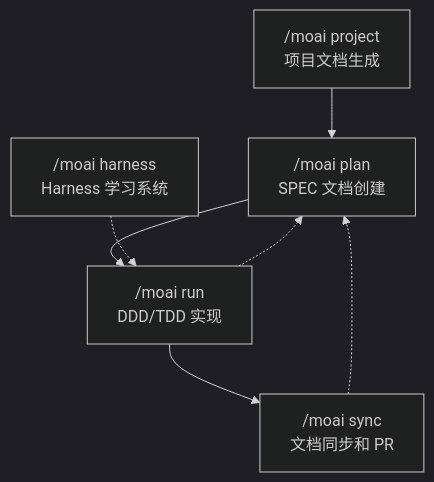
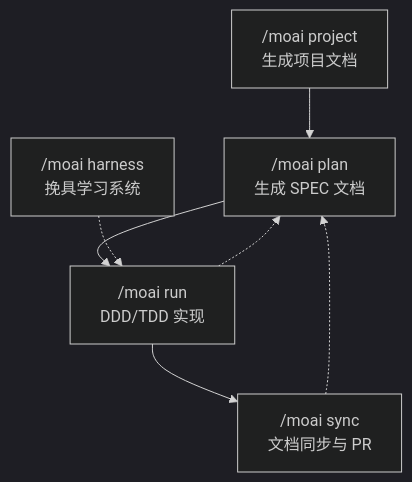
One commit to modu-ai/moai-adk changed the diagram in docs-site/content/zh/workflow-commands/_index.md. Above: the diagram before and after it, drawn with Mermaid (dark theme). The commit also changed other lines of this file and 395 other files, not shown here.

````diff
--- a/docs-site/content/zh/workflow-commands/_index.md
+++ b/docs-site/content/zh/workflow-commands/_index.md
@@ -13,9 +15,9 @@
 ```mermaid
 flowchart TD
-    A["/moai project<br/>项目文档生成"] --> B["/moai plan<br/>SPEC 文档创建"]
-    B --> D["/moai run<br/>DDD/TDD 实现"]
-    D --> E["/moai sync<br/>文档同步和 PR"]
+    A["/moai project<br>生成项目文档"] --> B["/moai plan<br>生成 SPEC 文档"]
+    B --> D["/moai run<br>DDD/TDD 实现"]
+    D --> E["/moai sync<br>文档同步与 PR"]
     E -.-> B
     D -.-> B
-    F["/moai harness<br/>Harness 学习系统"] -.-> D
+    F["/moai harness<br>挽具学习系统"] -.-> D
 ```
````
